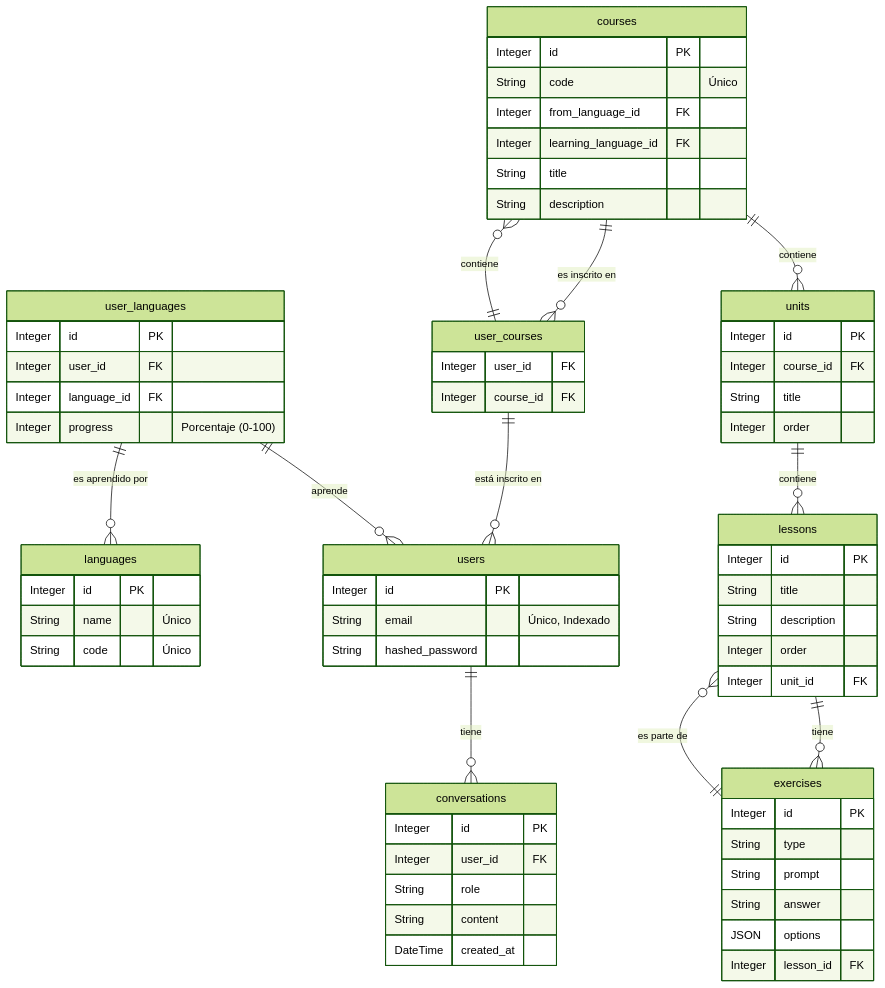
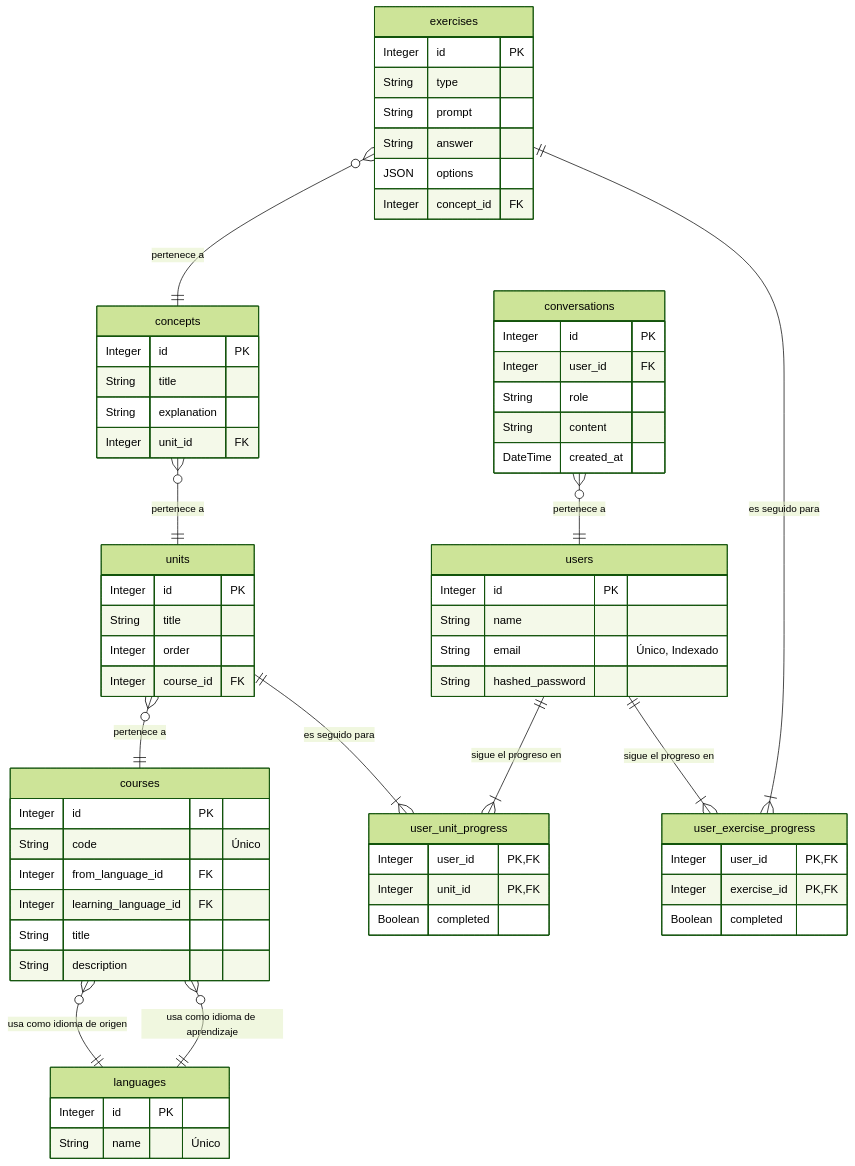
Before and after one commit to adrianfusco/dillearning: the diagram in documentacion/diagramas/persistencia_datos_esquema_bd.mmd, drawn with Mermaid (forest theme). The commit also changed 22 other files, not shown here.

```diff
--- a/documentacion/diagramas/persistencia_datos_esquema_bd.mmd
+++ b/documentacion/diagramas/persistencia_datos_esquema_bd.mmd
@@ -1,76 +1,75 @@
 erDiagram
     users {
         Integer id PK
+        String name
         String email "Único, Indexado"
         String hashed_password
     }
 
     languages {
         Integer id PK
         String name "Único"
-        String code "Único"
-    }
-
-    user_languages {
-        Integer id PK
-        Integer user_id FK
-        Integer language_id FK
-        Integer progress "Porcentaje (0-100)"
     }
 
     courses {
         Integer id PK
         String code "Único"
         Integer from_language_id FK
         Integer learning_language_id FK
         String title
         String description
     }
 
     units {
         Integer id PK
-        Integer course_id FK
         String title
         Integer order
+        Integer course_id FK
     }
 
-    lessons {
+    concepts {
         Integer id PK
         String title
-        String description
-        Integer order
+        String explanation
         Integer unit_id FK
     }
 
     exercises {
         Integer id PK
         String type
         String prompt
         String answer
         JSON options
-        Integer lesson_id FK
+        Integer concept_id FK
     }
 
     conversations {
         Integer id PK
         Integer user_id FK
         String role
         String content
         DateTime created_at
     }
 
-    user_courses {
-        Integer user_id FK
-        Integer course_id FK
+    user_unit_progress {
+        Integer user_id PK, FK
+        Integer unit_id PK, FK
+        Boolean completed
     }
 
-    user_courses ||--o{ users : "está inscrito en"
-    user_courses ||--o{ courses : "contiene"
-    user_languages ||--o{ users : "aprende"
-    user_languages ||--o{ languages : "es aprendido por"
-    courses ||--o{ units : "contiene"
-    units ||--o{ lessons : "contiene"
-    lessons ||--o{ exercises : "tiene"
-    courses ||--o{ user_courses : "es inscrito en"
-    users ||--o{ conversations : "tiene"
-    exercises ||--o{ lessons : "es parte de"
+    user_exercise_progress {
+        Integer user_id PK, FK
+        Integer exercise_id PK, FK
+        Boolean completed
+    }
+
+    courses }o--|| languages : "usa como idioma de origen"
+    courses }o--|| languages : "usa como idioma de aprendizaje"
+    units }o--|| courses : "pertenece a"
+    concepts }o--|| units : "pertenece a"
+    exercises }o--|| concepts : "pertenece a"
+    conversations }o--|| users : "pertenece a"
+    users ||--|{ user_unit_progress : "sigue el progreso en"
+    units ||--|{ user_unit_progress : "es seguido para"
+    users ||--|{ user_exercise_progress : "sigue el progreso en"
+    exercises ||--|{ user_exercise_progress : "es seguido para"
```
